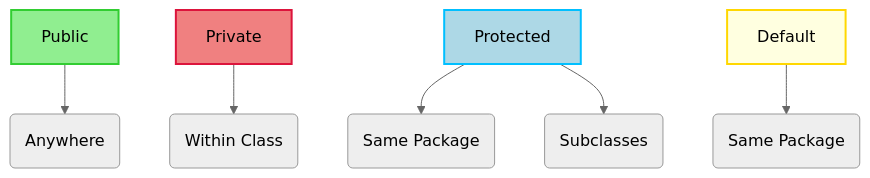
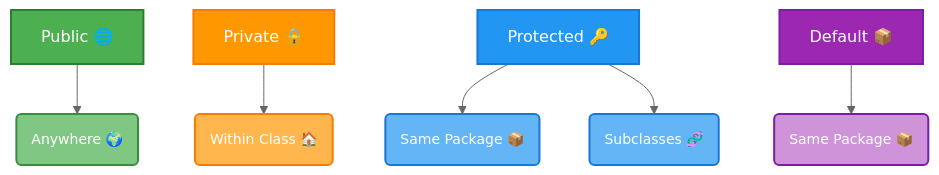
The fourth of 7 diagrams in _posts/2024-12-16-08.-oops-in-java.md (infoyouth/infoyouth.github.io), drawn with Mermaid (neutral theme) before and after one commit. The commit also changed other lines of this file and 1 other file, not shown here.

````diff
--- a/_posts/2024-12-16-08.-oops-in-java.md
+++ b/_posts/2024-12-16-08.-oops-in-java.md
@@ -510,12 +585,21 @@
 ```mermaid
 flowchart TD
-    A[Public] --> B(Anywhere);
-    C[Private] --> D(Within Class);
-    E[Protected] --> F(Same Package);
-    E --> G(Subclasses);
-    H[Default] --> I(Same Package);
-    style A fill:#90EE90,stroke:#32CD32,stroke-width:2px
-    style C fill:#F08080,stroke:#DC143C,stroke-width:2px
-    style E fill:#ADD8E6,stroke:#00BFFF,stroke-width:2px
-    style H fill:#FFFFE0,stroke:#FFD700,stroke-width:2px
+    %% Node Styles
+    style A fill:#4CAF50,stroke:#2E7D32,color:#FFFFFF,font-size:16px,stroke-width:2px
+    style C fill:#FF9800,stroke:#F57C00,color:#FFFFFF,font-size:16px,stroke-width:2px
+    style E fill:#2196F3,stroke:#1976D2,color:#FFFFFF,font-size:16px,stroke-width:2px
+    style H fill:#9C27B0,stroke:#7B1FA2,color:#FFFFFF,font-size:16px,stroke-width:2px
+    style B fill:#81C784,stroke:#388E3C,color:#FFFFFF,font-size:14px,stroke-width:2px
+    style D fill:#FFB74D,stroke:#F57C00,color:#FFFFFF,font-size:14px,stroke-width:2px
+    style F fill:#64B5F6,stroke:#1976D2,color:#FFFFFF,font-size:14px,stroke-width:2px
+    style G fill:#64B5F6,stroke:#1976D2,color:#FFFFFF,font-size:14px,stroke-width:2px
+    style I fill:#CE93D8,stroke:#7B1FA2,color:#FFFFFF,font-size:14px,stroke-width:2px
+
+    %% Flowchart Structure
+    A[Public 🌐] --> B(Anywhere 🌍)
+    C[Private 🔒] --> D(Within Class 🏠)
+    E[Protected 🔑] --> F(Same Package 📦)
+    E --> G(Subclasses 🧬)
+    H[Default 📦] --> I(Same Package 📦)
+
 ```
````
